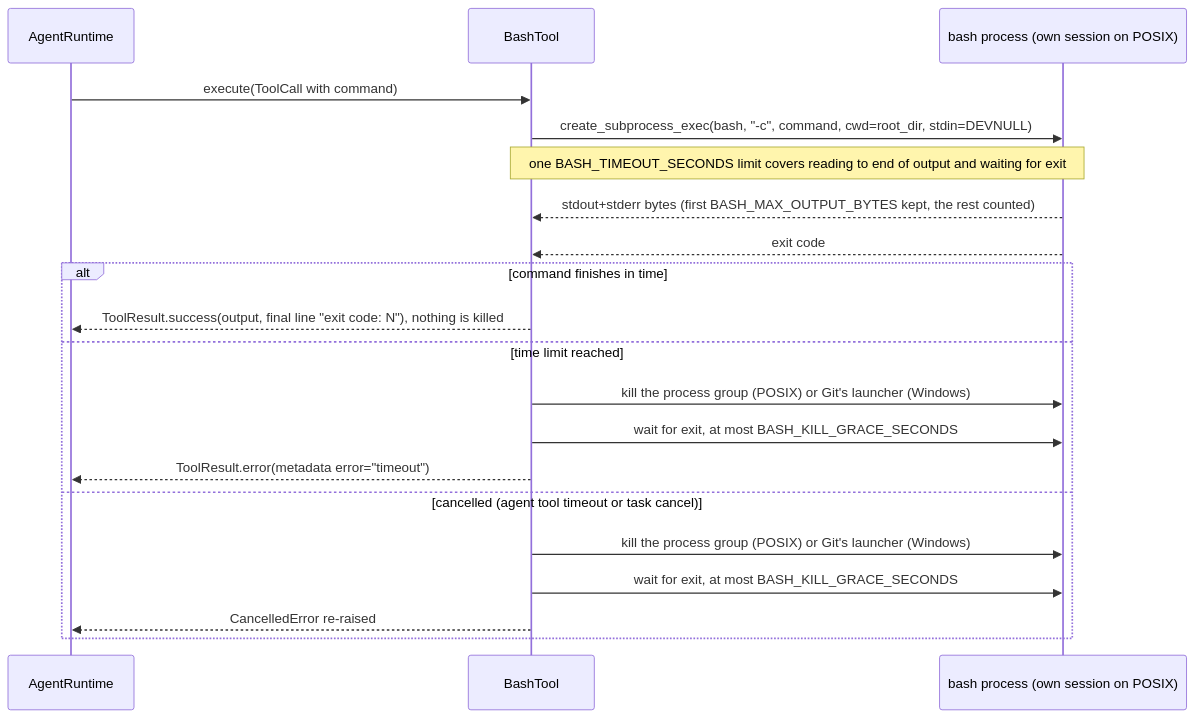
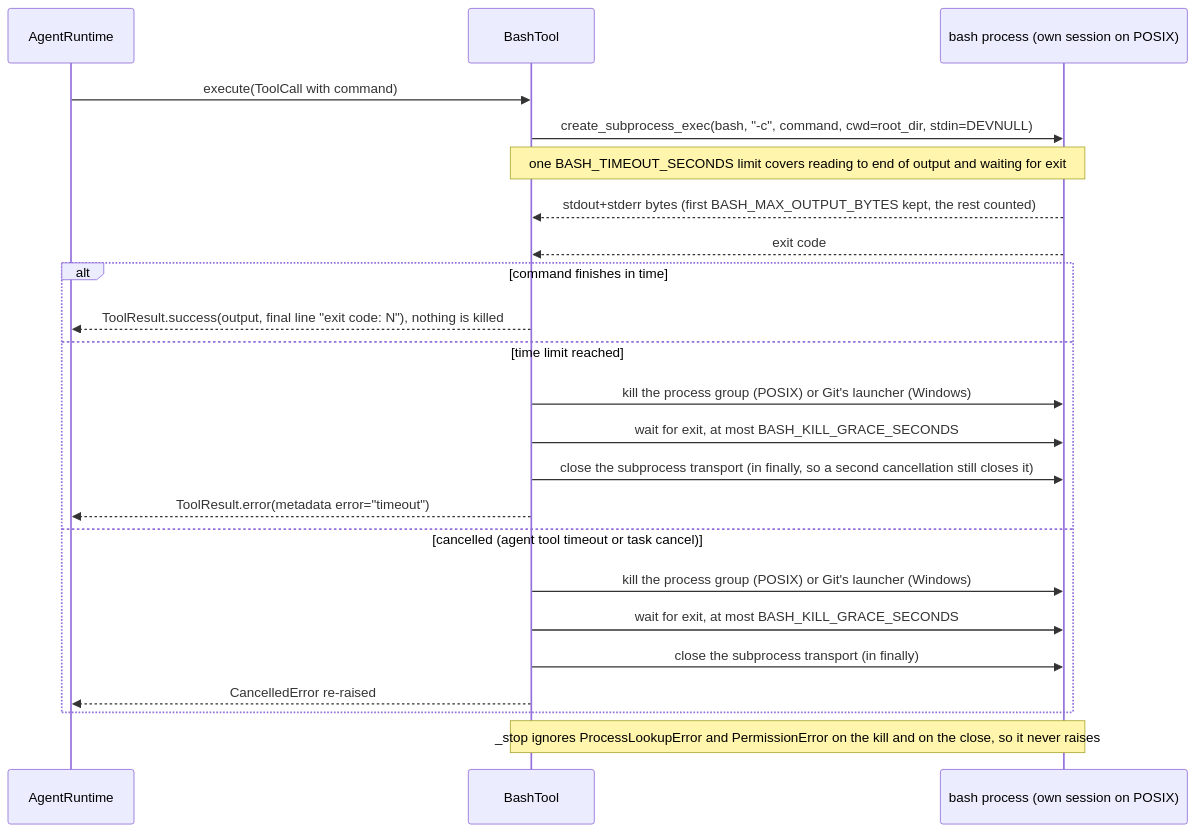
One commit to cerredz/Vidbyte-SDK changed the second of 2 diagrams in docs/spec/coding-agent/spec.md. Above: the diagram before and after it, drawn with Mermaid. The commit also changed other lines of this file and 1 other file, not shown here.

````diff
--- a/docs/spec/coding-agent/spec.md
+++ b/docs/spec/coding-agent/spec.md
@@ -116,22 +116,25 @@
 ```mermaid
 sequenceDiagram
   participant RT as AgentRuntime
   participant BT as BashTool
   participant OS as bash process (own session on POSIX)
   RT->>BT: execute(ToolCall with command)
   BT->>OS: create_subprocess_exec(bash, "-c", command, cwd=root_dir, stdin=DEVNULL)
   Note over BT,OS: one BASH_TIMEOUT_SECONDS limit covers reading to end of output and waiting for exit
   OS-->>BT: stdout+stderr bytes (first BASH_MAX_OUTPUT_BYTES kept, the rest counted)
   OS-->>BT: exit code
   alt command finishes in time
     BT-->>RT: ToolResult.success(output, final line "exit code: N"), nothing is killed
   else time limit reached
     BT->>OS: kill the process group (POSIX) or Git's launcher (Windows)
     BT->>OS: wait for exit, at most BASH_KILL_GRACE_SECONDS
+    BT->>OS: close the subprocess transport (in finally, so a second cancellation still closes it)
     BT-->>RT: ToolResult.error(metadata error="timeout")
   else cancelled (agent tool timeout or task cancel)
     BT->>OS: kill the process group (POSIX) or Git's launcher (Windows)
     BT->>OS: wait for exit, at most BASH_KILL_GRACE_SECONDS
+    BT->>OS: close the subprocess transport (in finally)
     BT-->>RT: CancelledError re-raised
   end
+  Note over BT,OS: _stop ignores ProcessLookupError and PermissionError on the kill and on the close, so it never raises
 ```
````
